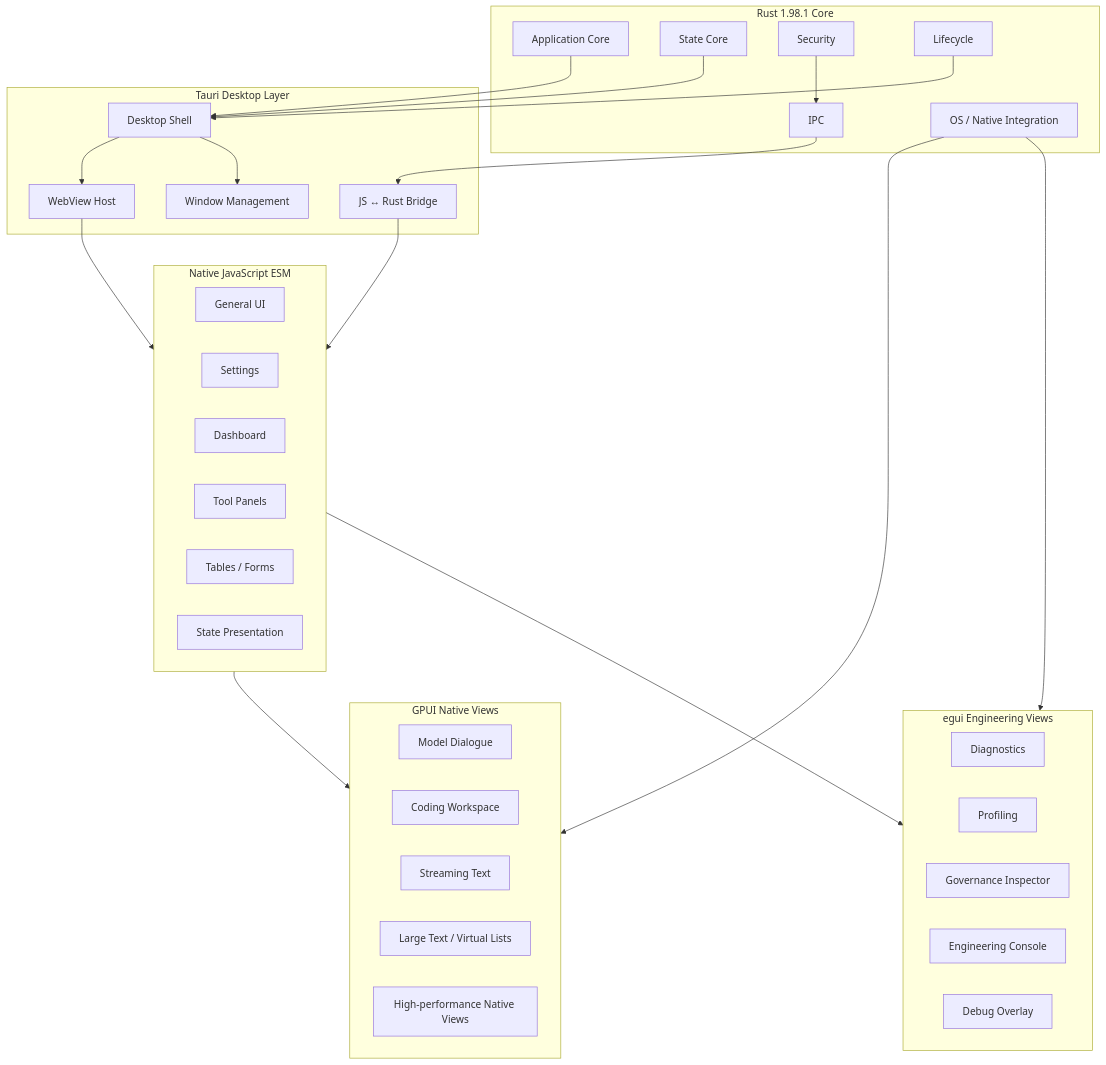
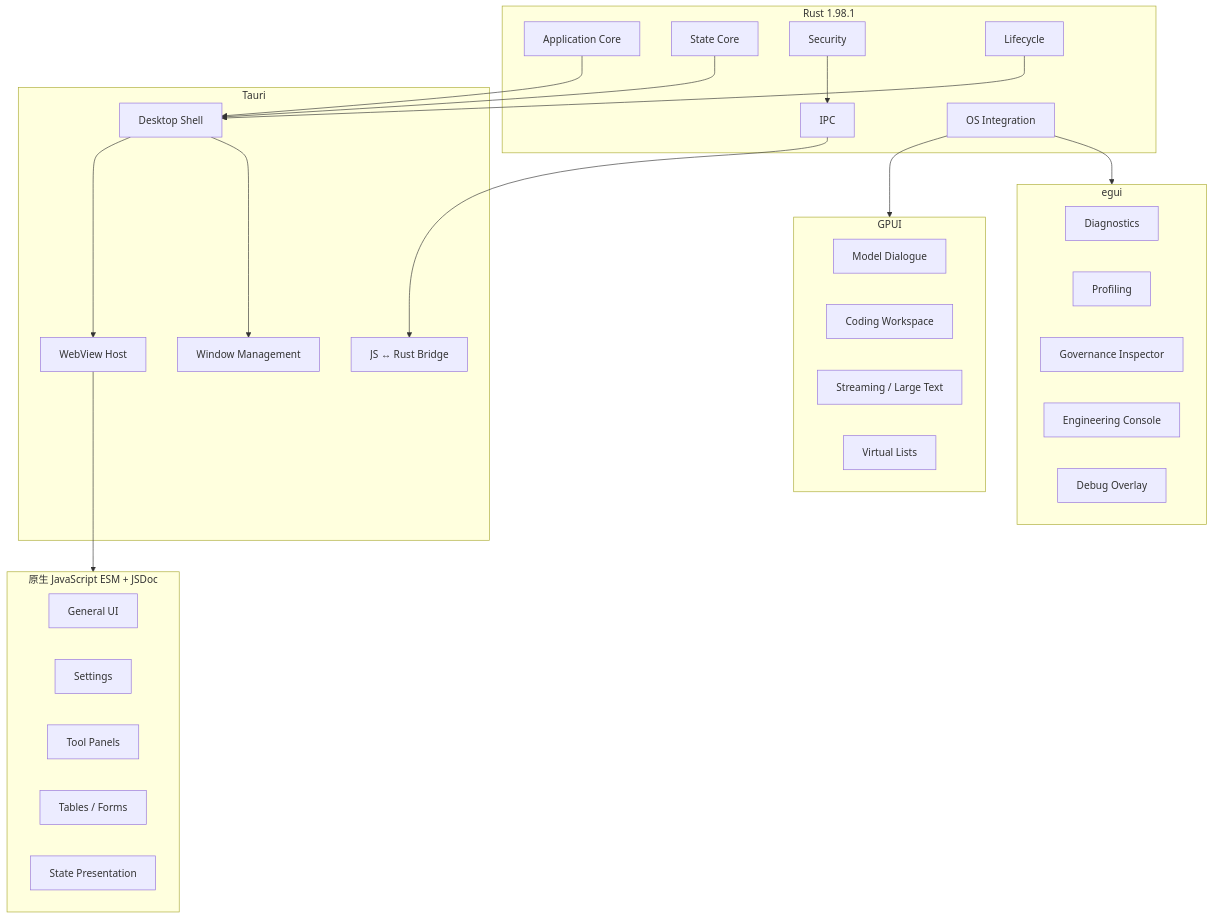
The third of 5 diagrams in governance_rule/codex/architecture-languages.md (guilty442-source/GPTBridge), drawn with Mermaid before and after one commit. The commit also changed other lines of this file and 62 other files, not shown here.

````diff
--- a/governance_rule/codex/architecture-languages.md
+++ b/governance_rule/codex/architecture-languages.md
@@ -104,57 +91,47 @@
 ```mermaid
 flowchart TB
-  subgraph RUST[Rust 1.98.1 Core]
+  subgraph RUST[Rust 1.98.1]
     APP[Application Core]
     STATE[State Core]
     SEC[Security]
     IPC[IPC]
     LIFE[Lifecycle]
-    NATIVE[OS / Native Integration]
+    OS[OS Integration]
   end
-
-  subgraph TAURI[Tauri Desktop Layer]
+  subgraph TAURI[Tauri]
     SHELL[Desktop Shell]
     WEBVIEW[WebView Host]
     WINDOWS[Window Management]
     BRIDGE[JS ↔ Rust Bridge]
   end
-
-  subgraph ESM[Native JavaScript ESM]
-    GUI[General UI]
+  subgraph ESM[原生 JavaScript ESM + JSDoc]
+    GENERAL[General UI]
     SETTINGS[Settings]
-    DASH[Dashboard]
     PANELS[Tool Panels]
-    TABLES[Tables / Forms]
+    FORMS[Tables / Forms]
     STATUS[State Presentation]
   end
-
-  subgraph GPUI[GPUI Native Views]
+  subgraph GPUI[GPUI]
     DIALOGUE[Model Dialogue]
     CODING[Coding Workspace]
-    STREAM[Streaming Text]
-    TEXT[Large Text / Virtual Lists]
-    FAST[High-performance Native Views]
+    TEXT[Streaming / Large Text]
+    LISTS[Virtual Lists]
   end
-
-  subgraph EGUI[egui Engineering Views]
+  subgraph EGUI[egui]
     DIAG[Diagnostics]
-    PROFILE[Profiling]
-    INSPECT[Governance Inspector]
+    PROF[Profiling]
+    GOV[Governance Inspector]
     CONSOLE[Engineering Console]
     OVERLAY[Debug Overlay]
   end
-
   APP --> SHELL
   STATE --> SHELL
   SEC --> IPC
   IPC --> BRIDGE
   LIFE --> SHELL
-  NATIVE --> GPUI
-  NATIVE --> EGUI
+  OS --> GPUI
+  OS --> EGUI
   SHELL --> WEBVIEW
   SHELL --> WINDOWS
   WEBVIEW --> ESM
-  BRIDGE --> ESM
-  ESM --> GPUI
-  ESM --> EGUI
 ```
````
